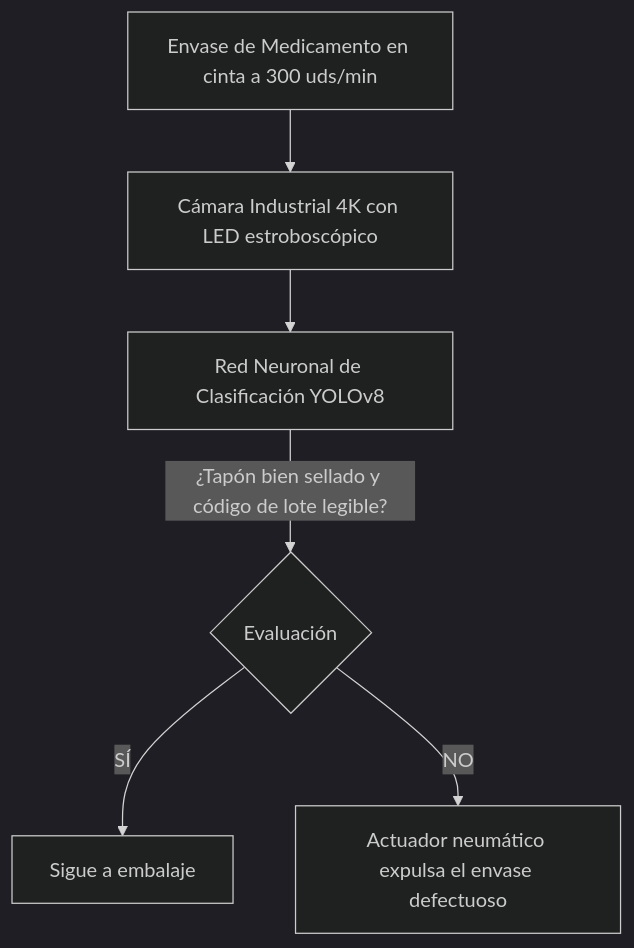
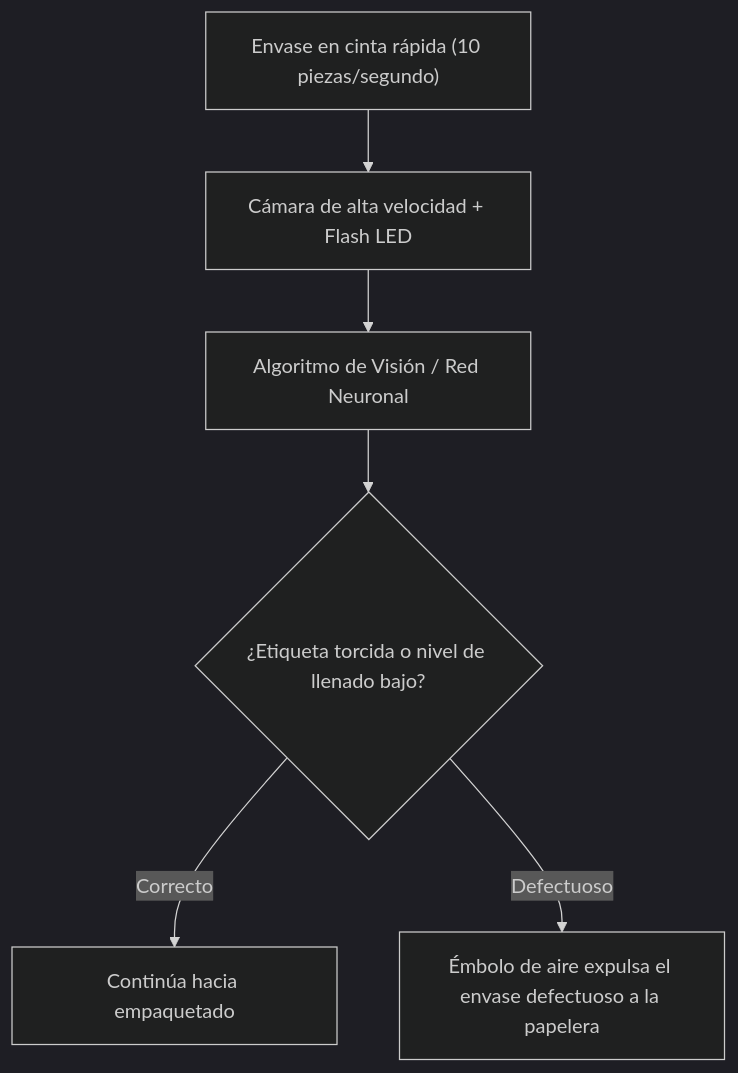
The fourth of 6 diagrams in docs/temas/01-digitalizacion/02-sistemas-ciberfisicos-tecnologias.md (jssdocente/dasp2627d), drawn with Mermaid (dark theme) before and after one commit. The commit also changed other lines of this file and 2 other files, not shown here.

````diff
--- a/docs/temas/01-digitalizacion/02-sistemas-ciberfisicos-tecnologias.md
+++ b/docs/temas/01-digitalizacion/02-sistemas-ciberfisicos-tecnologias.md
@@ -139,8 +153,8 @@
 ```mermaid
 flowchart TD
-    PROD[Envase de Medicamento en cinta a 300 uds/min] --> CAM[Cámara Industrial 4K con LED estroboscópico]
-    CAM --> IA[Red Neuronal de Clasificación YOLOv8]
-    IA -->|¿Tapón bien sellado y código de lote legible?| DEC{Evaluación}
-    DEC -->|SÍ| OK[Sigue a embalaje]
-    DEC -->|NO| REJ[Actuador neumático expulsa el envase defectuoso]
+    P["Envase en cinta rápida (10 piezas/segundo)"] --> C["Cámara de alta velocidad + Flash LED"]
+    C --> IA["Algoritmo de Visión / Red Neuronal"]
+    IA --> EVAL{"¿Etiqueta torcida o nivel de llenado bajo?"}
+    EVAL -->|Correcto| OK["Continúa hacia empaquetado"]
+    EVAL -->|Defectuoso| ACT["Émbolo de aire expulsa el envase defectuoso a la papelera"]
 ```
````
